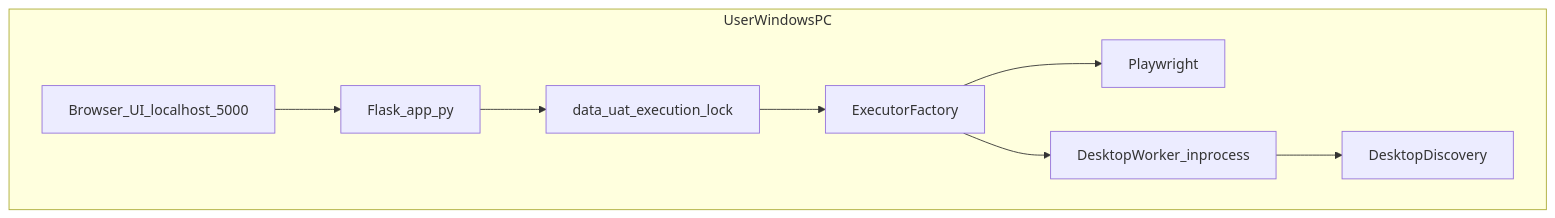
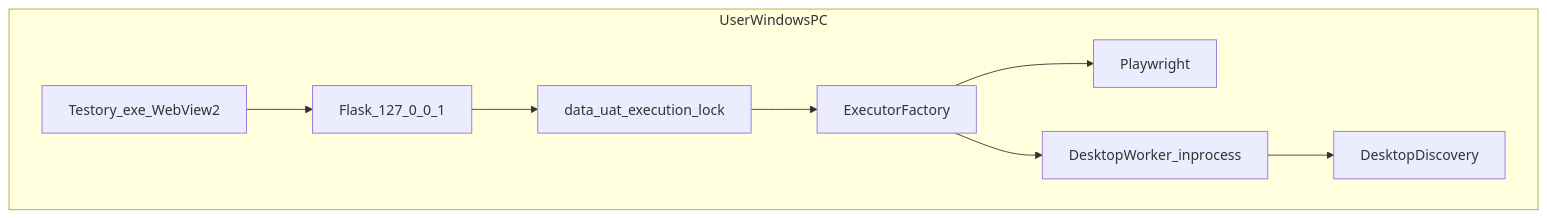
Before and after one commit to ok851/Testory: the diagram in docs/ARCHITECTURE_LOCAL.md, drawn with Mermaid. The commit also changed other lines of this file and 66 other files, not shown here.

````diff
--- a/docs/ARCHITECTURE_LOCAL.md
+++ b/docs/ARCHITECTURE_LOCAL.md
@@ -17,18 +25,18 @@
 ```mermaid
 flowchart TB
   subgraph userMachine [UserWindowsPC]
-    UI[Browser_UI_localhost_5000]
-    Core[Flask_app_py]
+    UI[Testory_exe_WebView2]
+    Core[Flask_127_0_0_1]
     Router[ExecutorFactory]
     WebExec[Playwright]
     DeskExec[DesktopWorker_inprocess]
     Discovery[DesktopDiscovery]
     Lock[data_uat_execution_lock]
   end
   UI --> Core
   Core --> Lock
   Lock --> Router
   Router --> WebExec
   Router --> DeskExec
   DeskExec --> Discovery
 ```
````
